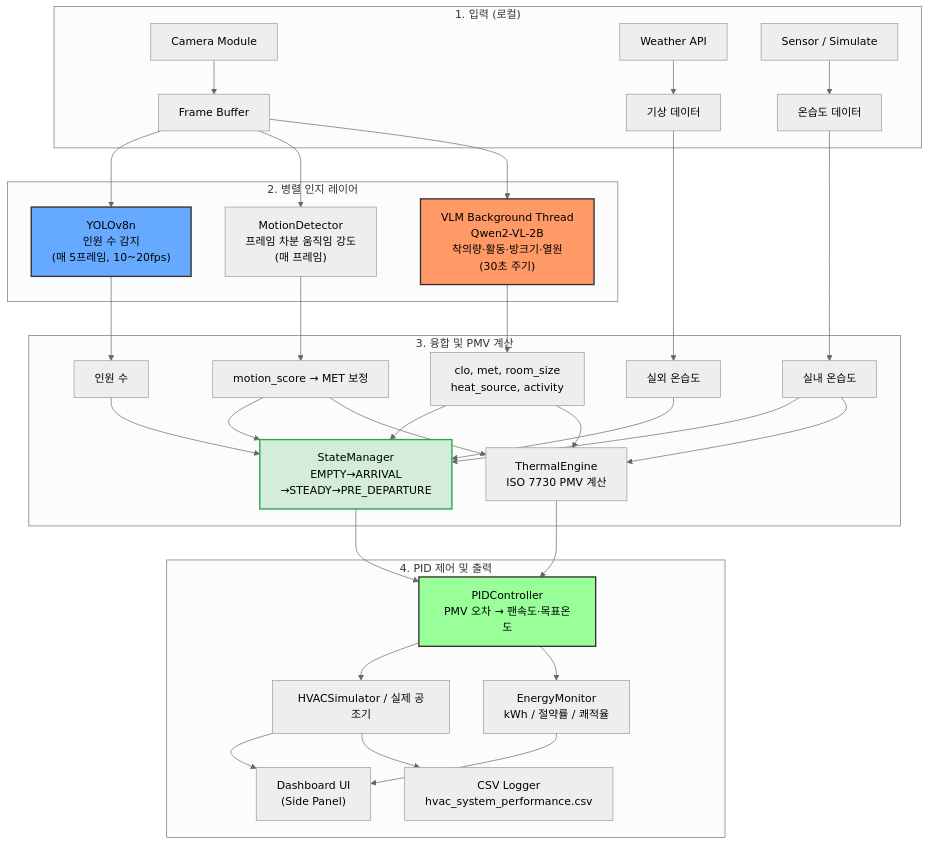
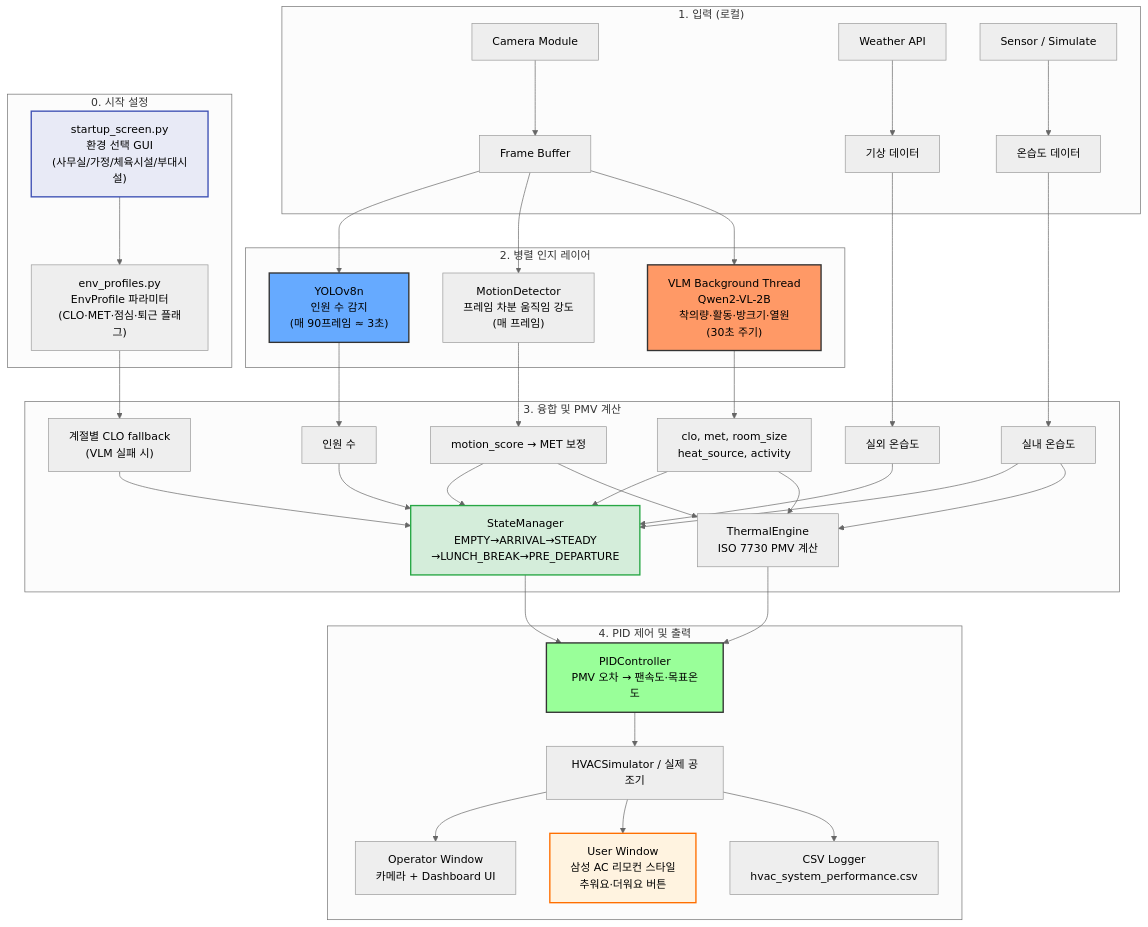
One commit to KINN-CH/edge-vlm-hvac-system changed the diagram in README.md. Above: the diagram before and after it, drawn with Mermaid (neutral theme). The commit also changed other lines of this file and 8 other files, not shown here.

````diff
--- a/README.md
+++ b/README.md
@@ -77,38 +84,45 @@
 ```mermaid
 graph TD
     subgraph "1. 입력 (로컬)"
         A1[Camera Module] --> B1[Frame Buffer]
         A2[Weather API] --> B2[기상 데이터]
         A3[Sensor / Simulate] --> B3[온습도 데이터]
     end
 
+    subgraph "0. 시작 설정"
+        S1["startup_screen.py\n환경 선택 GUI\n(사무실/가정/체육시설/부대시설)"] --> S2["env_profiles.py\nEnvProfile 파라미터\n(CLO·MET·점심·퇴근 플래그)"]
+    end
+
     subgraph "2. 병렬 인지 레이어"
-        B1 --> C1["YOLOv8n\n인원 수 감지\n(매 5프레임, 10~20fps)"]
+        B1 --> C1["YOLOv8n\n인원 수 감지\n(매 90프레임 ≈ 3초)"]
         B1 --> C2["MotionDetector\n프레임 차분 움직임 강도\n(매 프레임)"]
         B1 --> C3["VLM Background Thread\nQwen2-VL-2B\n착의량·활동·방크기·열원\n(30초 주기)"]
     end
 
     subgraph "3. 융합 및 PMV 계산"
         C1 --> D1[인원 수]
         C2 --> D2[motion_score → MET 보정]
         C3 --> D3["clo, met, room_size\nheat_source, activity"]
+        S2 --> D3F["계절별 CLO fallback\n(VLM 실패 시)"]
         B2 --> D4[실외 온습도]
         B3 --> D5[실내 온습도]
 
-        D1 & D2 & D3 & D4 & D5 --> E1["StateManager\nEMPTY→ARRIVAL\n→STEADY→PRE_DEPARTURE"]
+        D1 & D2 & D3 & D3F & D4 & D5 --> E1["StateManager\nEMPTY→ARRIVAL→STEADY\n→LUNCH_BREAK→PRE_DEPARTURE"]
         D5 & D2 & D3 --> E2["ThermalEngine\nISO 7730 PMV 계산"]
     end
 
     subgraph "4. PID 제어 및 출력"
         E1 & E2 --> F1["PIDController\nPMV 오차 → 팬속도·목표온도"]
         F1 --> G1[HVACSimulator / 실제 공조기]
-        F1 --> G2["EnergyMonitor\nkWh / 절약률 / 쾌적율"]
-        G1 & G2 --> H1["Dashboard UI\n(Side Panel)"]
-        G1 --> H2["CSV Logger\nhvac_system_performance.csv"]
+        G1 --> H1["Operator Window\n카메라 + Dashboard UI"]
+        G1 --> H2["User Window\n삼성 AC 리모컨 스타일\n추워요·더워요 버튼"]
+        G1 --> H3["CSV Logger\nhvac_system_performance.csv"]
     end
 
+    style S1 fill:#e8eaf6,stroke:#3f51b5,stroke-width:2px
     style C3 fill:#f96,stroke:#333,stroke-width:2px
     style C1 fill:#6af,stroke:#333,stroke-width:2px
     style F1 fill:#9f9,stroke:#333,stroke-width:2px
     style E1 fill:#d4edda,stroke:#28a745,stroke-width:2px
+    style H2 fill:#fff3e0,stroke:#ff6f00,stroke-width:2px
 ```
````
